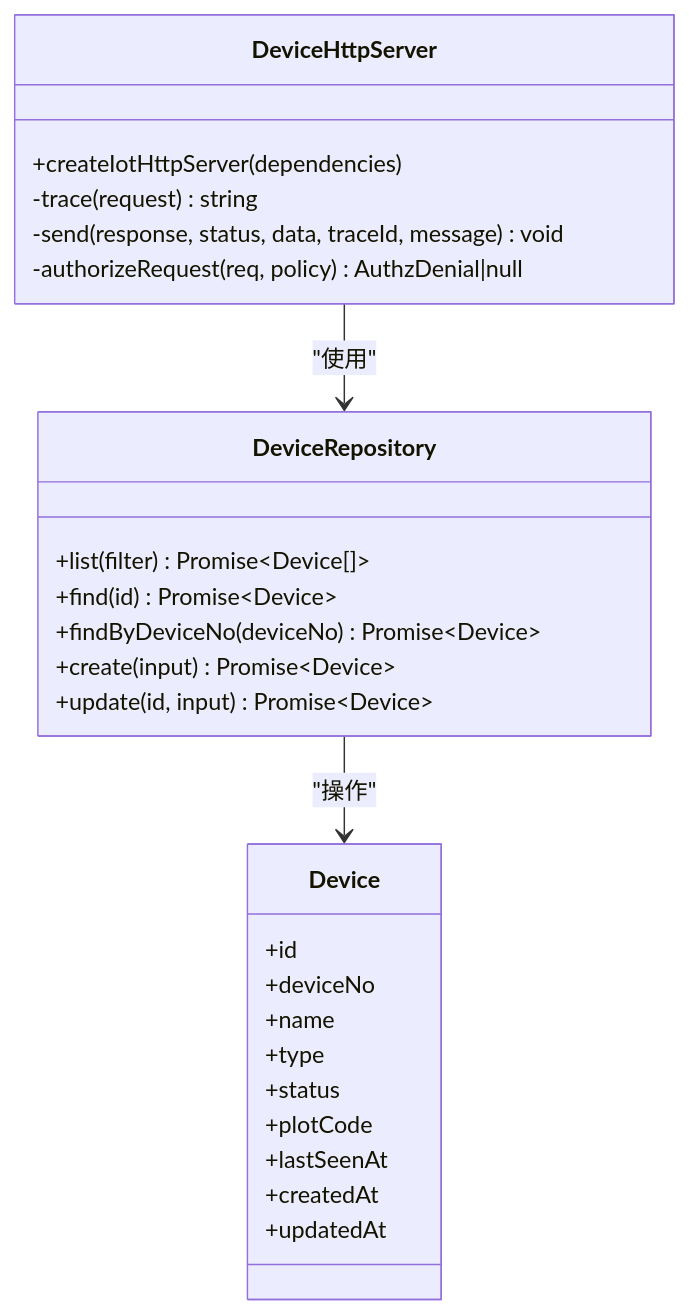
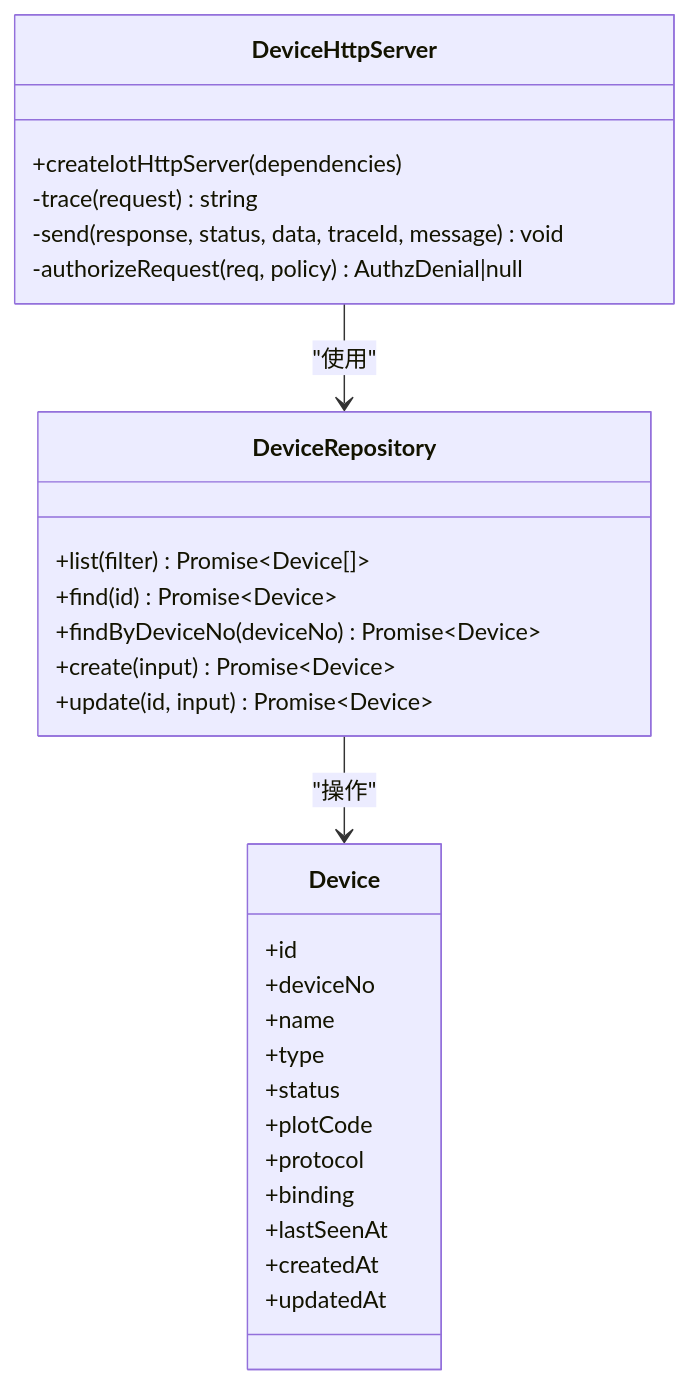
One commit to q446328246/agri-platform changed the sixth of 19 diagrams in .qoder/repowiki/zh/content/前端应用文档/API集成.md. Above: the diagram before and after it, drawn with Mermaid. The commit also changed other lines of this file and 25 other files, not shown here.

````diff
--- a/.qoder/repowiki/zh/content/前端应用文档/API集成.md
+++ b/.qoder/repowiki/zh/content/前端应用文档/API集成.md
@@ -269,29 +274,31 @@
 ```mermaid
 classDiagram
 class DeviceHttpServer {
 +createIotHttpServer(dependencies)
 -trace(request) string
 -send(response, status, data, traceId, message) void
 -authorizeRequest(req, policy) AuthzDenial|null
 }
 class DeviceRepository {
 +list(filter) Promise~Device[]~
 +find(id) Promise~Device~
 +findByDeviceNo(deviceNo) Promise~Device~
 +create(input) Promise~Device~
 +update(id, input) Promise~Device~
 }
 class Device {
 +id
 +deviceNo
 +name
 +type
 +status
 +plotCode
++protocol
++binding
 +lastSeenAt
 +createdAt
 +updatedAt
 }
 DeviceHttpServer --> DeviceRepository : "使用"
 DeviceRepository --> Device : "操作"
 ```
````
